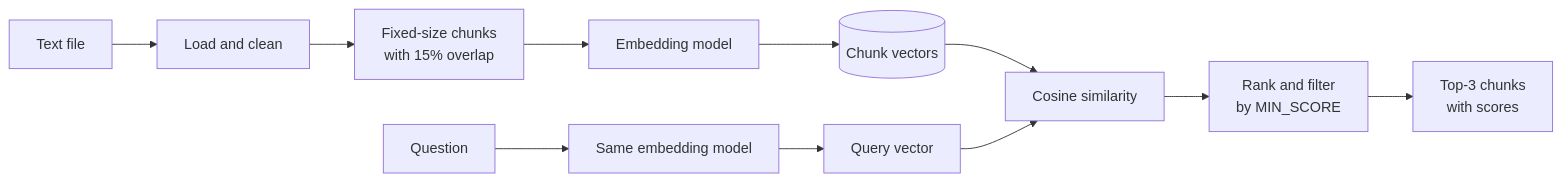
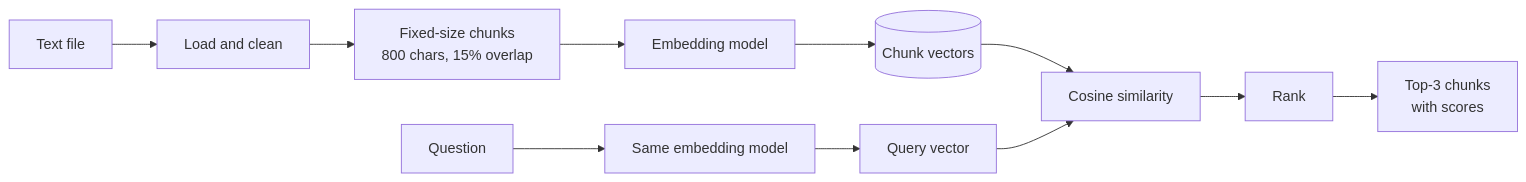
Before and after one commit to nxull9/semantic-search-rag-pipeline: the diagram in README.md, drawn with Mermaid. The commit also changed other lines of this file and 2 other files, not shown here.

````diff
--- a/README.md
+++ b/README.md
@@ -30,13 +26,13 @@
 ```mermaid
 flowchart LR
     A[Text file] --> B[Load and clean]
-    B --> C[Fixed-size chunks<br/>with 15% overlap]
+    B --> C[Fixed-size chunks<br/>800 chars, 15% overlap]
     C --> D[Embedding model]
     D --> E[(Chunk vectors)]
     Q[Question] --> D2[Same embedding model]
     D2 --> F[Query vector]
     E --> G[Cosine similarity]
     F --> G
-    G --> H[Rank and filter<br/>by MIN_SCORE]
+    G --> H[Rank]
     H --> I[Top-3 chunks<br/>with scores]
 ```
````
